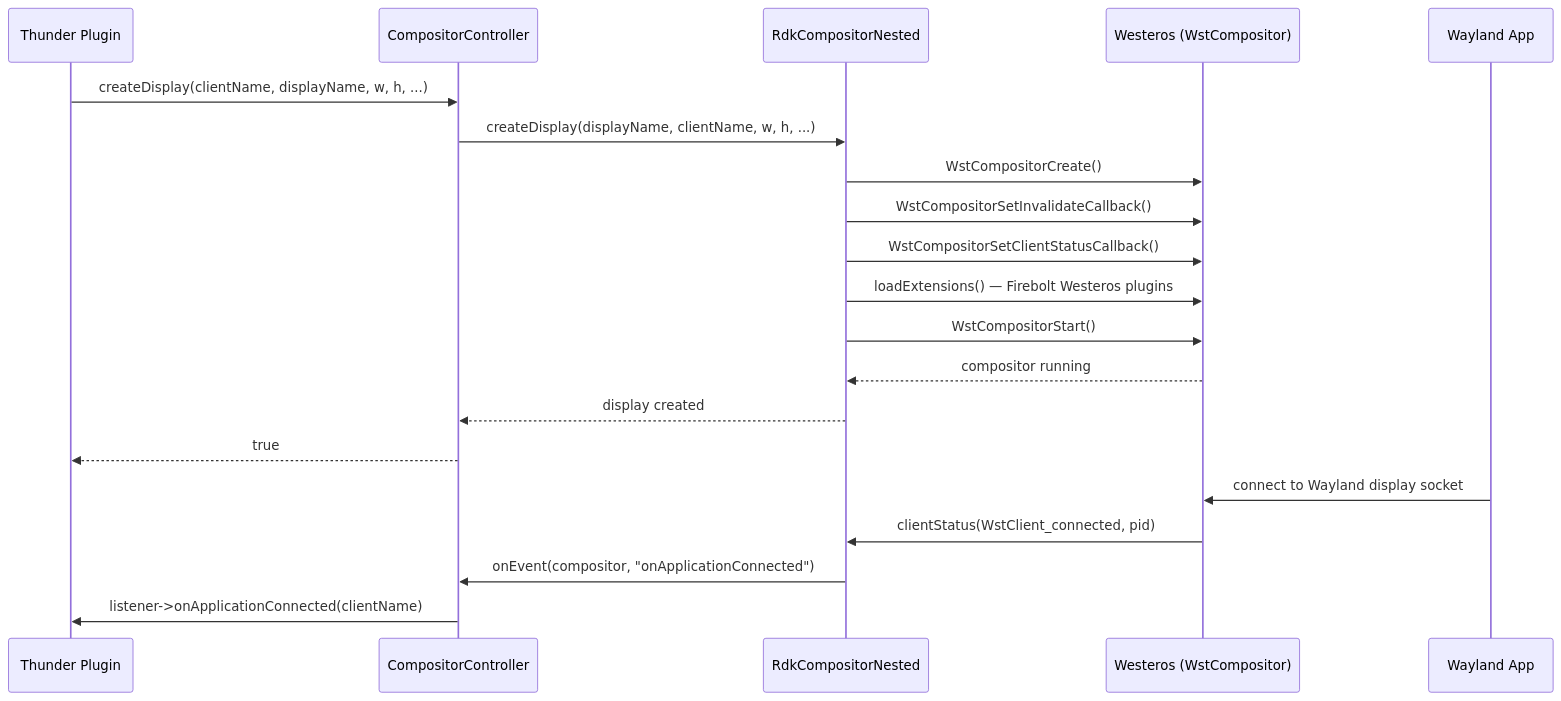
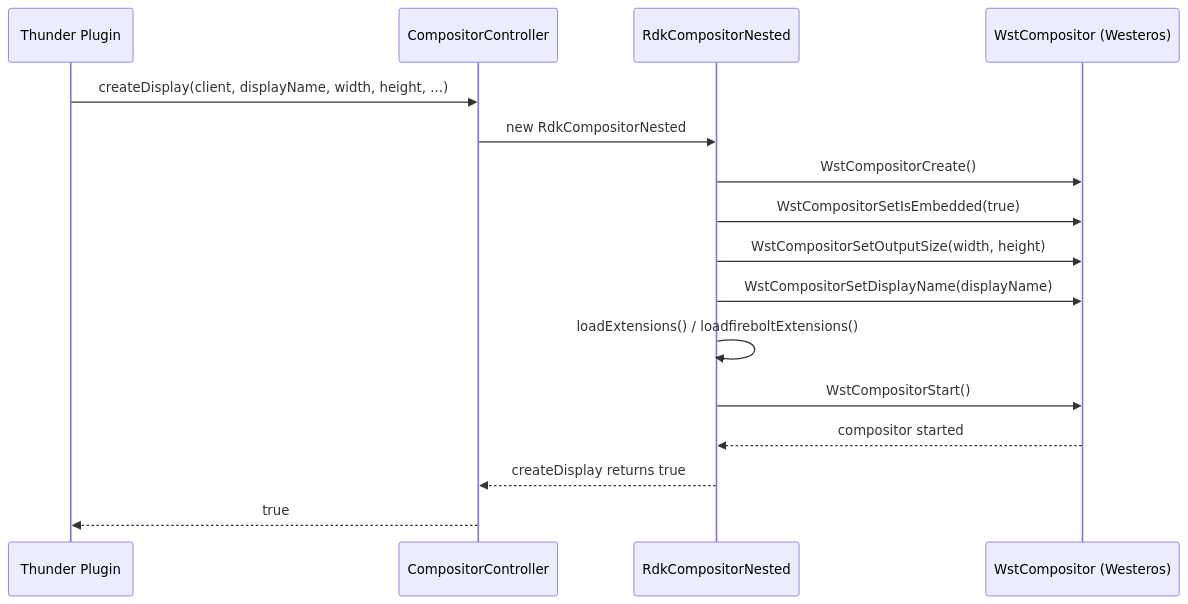
The fifth of 8 diagrams in docs/docu/RDKV-Documentations/rdkwindowmgr.md (rns21/RDK_Documentation), drawn with Mermaid before and after one commit. The commit also changed other lines of this file, not shown here.

````diff
--- a/docs/docu/RDKV-Documentations/rdkwindowmgr.md
+++ b/docs/docu/RDKV-Documentations/rdkwindowmgr.md
@@ -234,24 +237,19 @@
 ```mermaid
 sequenceDiagram
     participant Client as Thunder Plugin
     participant CC as CompositorController
-    participant RC as RdkCompositorNested
-    participant Wst as Westeros (WstCompositor)
-    participant App as Wayland App
+    participant Nested as RdkCompositorNested
+    participant Wst as WstCompositor (Westeros)
 
-    Client->>CC: createDisplay(clientName, displayName, w, h, ...)
-    CC->>RC: createDisplay(displayName, clientName, w, h, ...)
-    RC->>Wst: WstCompositorCreate()
-    RC->>Wst: WstCompositorSetInvalidateCallback()
-    RC->>Wst: WstCompositorSetClientStatusCallback()
-    RC->>Wst: loadExtensions() — Firebolt Westeros plugins
-    RC->>Wst: WstCompositorStart()
-    Wst-->>RC: compositor running
-    RC-->>CC: display created
+    Client->>CC: createDisplay(client, displayName, width, height, ...)
+    CC->>Nested: new RdkCompositorNested
+    Nested->>Wst: WstCompositorCreate()
+    Nested->>Wst: WstCompositorSetIsEmbedded(true)
+    Nested->>Wst: WstCompositorSetOutputSize(width, height)
+    Nested->>Wst: WstCompositorSetDisplayName(displayName)
+    Nested->>Nested: loadExtensions() / loadfireboltExtensions()
+    Nested->>Wst: WstCompositorStart()
+    Wst-->>Nested: compositor started
+    Nested-->>CC: createDisplay returns true
     CC-->>Client: true
-
-    App->>Wst: connect to Wayland display socket
-    Wst->>RC: clientStatus(WstClient_connected, pid)
-    RC->>CC: onEvent(compositor, "onApplicationConnected")
-    CC->>Client: listener->onApplicationConnected(clientName)
 ```
````
